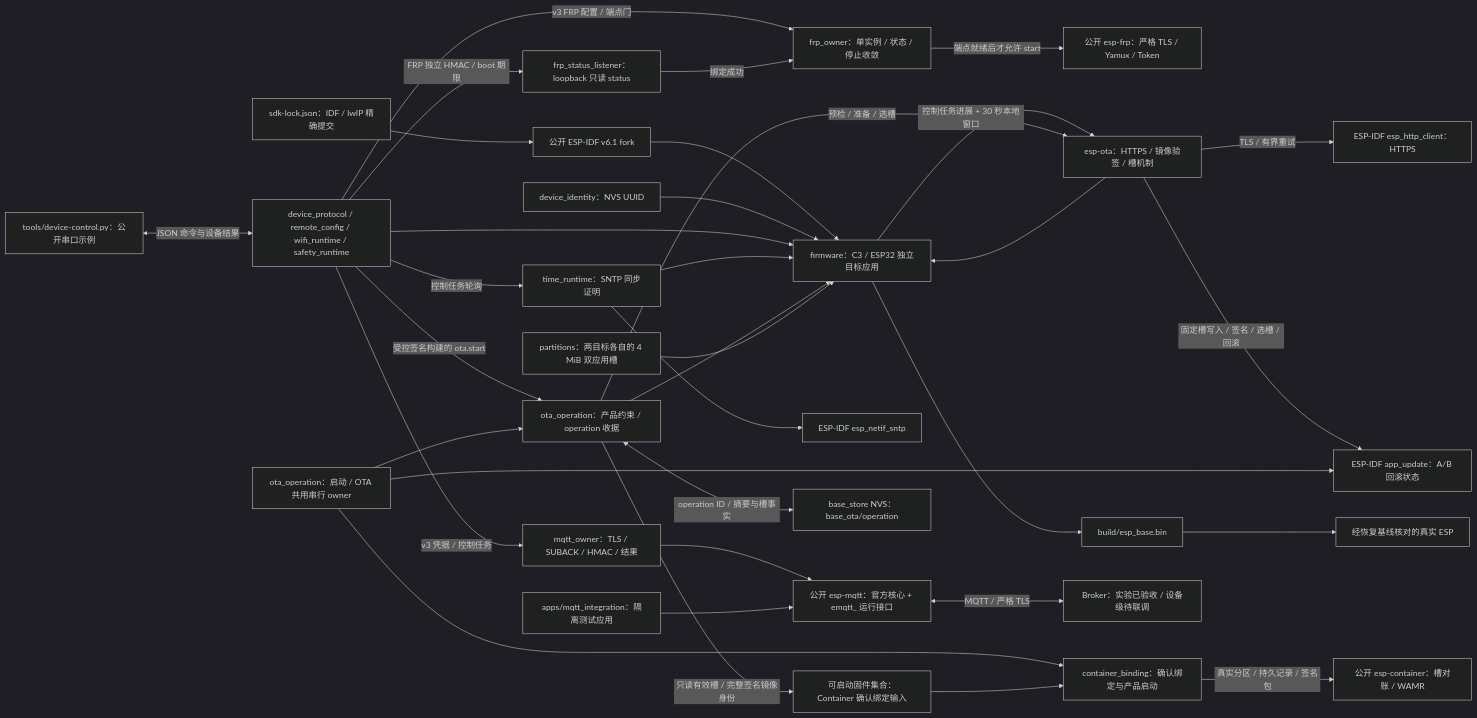
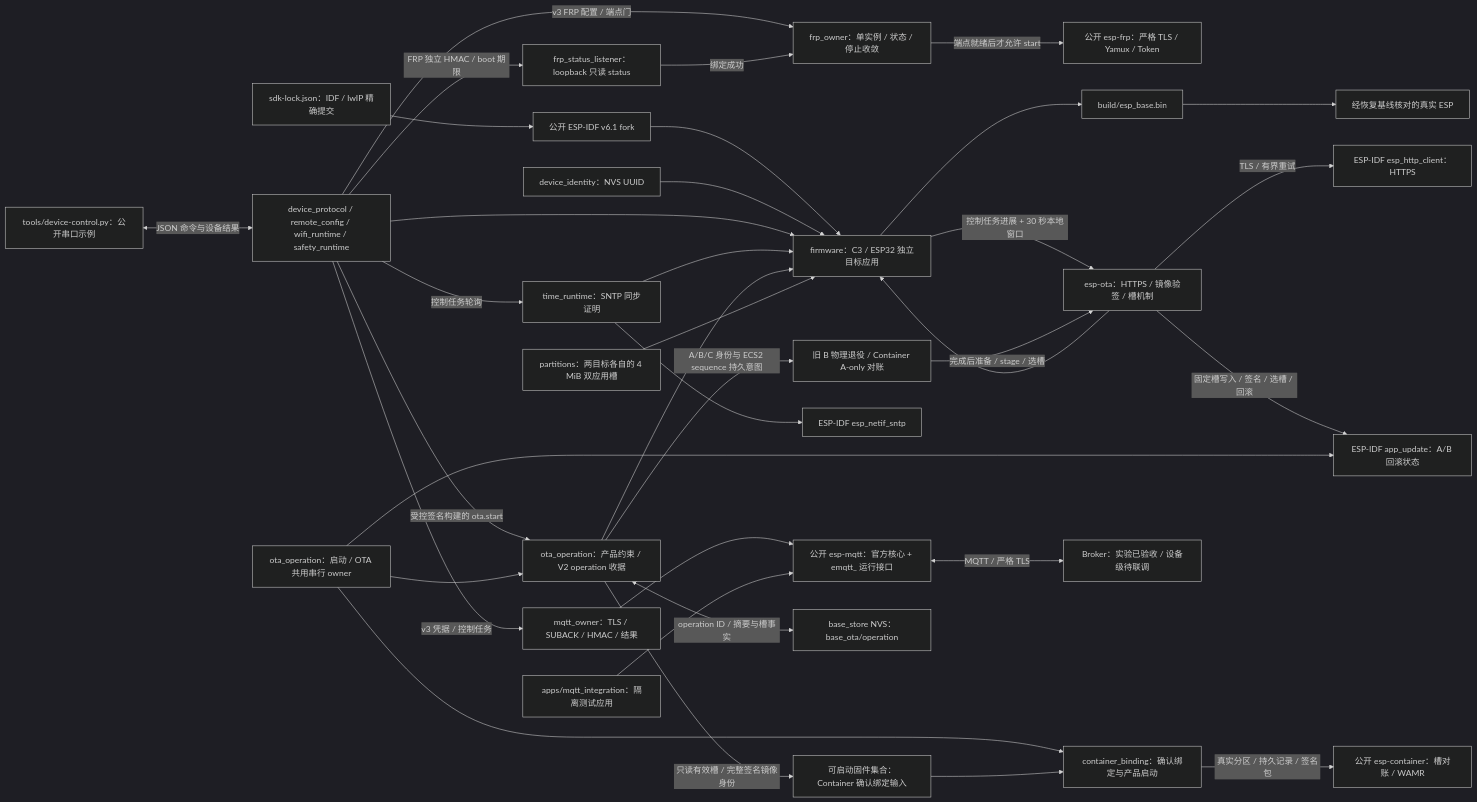
One commit to darren-you/esp_base changed the diagram in README.md. Above: the diagram before and after it, drawn with Mermaid (dark theme). The commit also changed other lines of this file and 23 other files, not shown here.

````diff
--- a/README.md
+++ b/README.md
@@ -7,36 +7,37 @@
 ```mermaid
 flowchart LR
     sdk_lock["sdk-lock.json：IDF / lwIP 精确提交"] --> sdk["公开 ESP-IDF v6.1 fork"]
     sdk --> firmware["firmware：C3 / ESP32 独立目标应用"]
     identity["device_identity：NVS UUID"] --> firmware
     state["device_protocol / remote_config / wifi_runtime / safety_runtime"] --> firmware
     state -->|"v3 凭据 / 控制任务"| mqtt_owner["mqtt_owner：TLS / SUBACK / HMAC / 结果"]
     mqtt_owner --> mqtt
     state -->|"v3 FRP 配置 / 端点门"| frp_owner["frp_owner：单实例 / 状态 / 停止收敛"]
     state -->|"FRP 独立 HMAC / boot 期限"| frp_status["frp_status_listener：loopback 只读 status"]
     frp_status -->|"绑定成功"| frp_owner
     frp_owner -->|"端点就绪后才允许 start"| frp["公开 esp-frp：严格 TLS / Yamux / Token"]
     time["time_runtime：SNTP 同步证明"] --> firmware
     state -->|"控制任务轮询"| time
     time --> idf_time["ESP-IDF esp_netif_sntp"]
     ota["esp-ota：HTTPS / 镜像验签 / 槽机制"] --> firmware
-    receipt["ota_operation：产品约束 / operation 收据"] --> firmware
+    receipt["ota_operation：产品约束 / V2 operation 收据"] --> firmware
     receipt -->|"只读有效槽 / 完整签名镜像身份"| image_set["可启动固件集合：Container 确认绑定输入"]
     firmware -->|"控制任务进展 + 30 秒本地窗口"| ota
     state -->|"受控签名构建的 ota.start"| receipt
-    receipt -->|"预检 / 准备 / 选槽"| ota
+    receipt -->|"A/B/C 身份与 ECS2 sequence 持久意图"| retire["旧 B 物理退役 / Container A-only 对账"]
+    retire -->|"完成后准备 / stage / 选槽"| ota
     ota -->|"TLS / 有界重试"| https["ESP-IDF esp_http_client：HTTPS"]
     ota -->|"固定槽写入 / 签名 / 选槽 / 回滚"| slot["ESP-IDF app_update：A/B 回滚状态"]
     receipt <-->|"operation ID / 摘要与槽事实"| nvs["base_store NVS：base_ota/operation"]
     owner["ota_operation：启动 / OTA 共用串行 owner"] --> receipt
     owner --> slot
     binding["container_binding：确认绑定与产品启动"] -->|"真实分区 / 持久记录 / 签名包"| container["公开 esp-container：槽对账 / WAMR"]
     owner --> binding
     image_set --> binding
     layout["partitions：两目标各自的 4 MiB 双应用槽"] --> firmware
     host["tools/device-control.py：公开串口示例"] <-->|"JSON 命令与设备结果"| state
     firmware --> image["build/esp_base.bin"]
     lab["apps/mqtt_integration：隔离测试应用"] --> mqtt["公开 esp-mqtt：官方核心 + emqtt_ 运行接口"]
     mqtt <-->|"MQTT / 严格 TLS"| broker["Broker：实验已验收 / 设备级待联调"]
     image --> board["经恢复基线核对的真实 ESP"]
 ```
````
